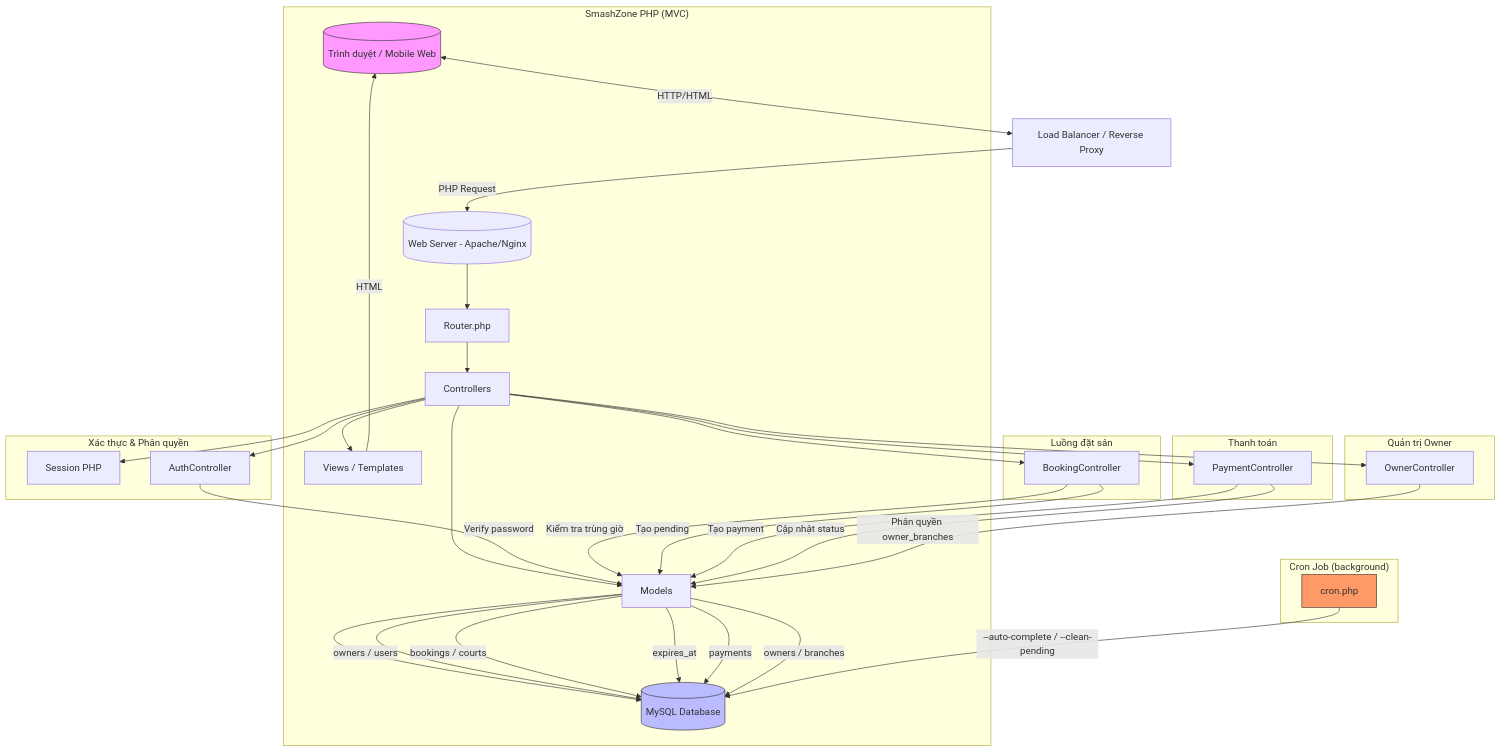
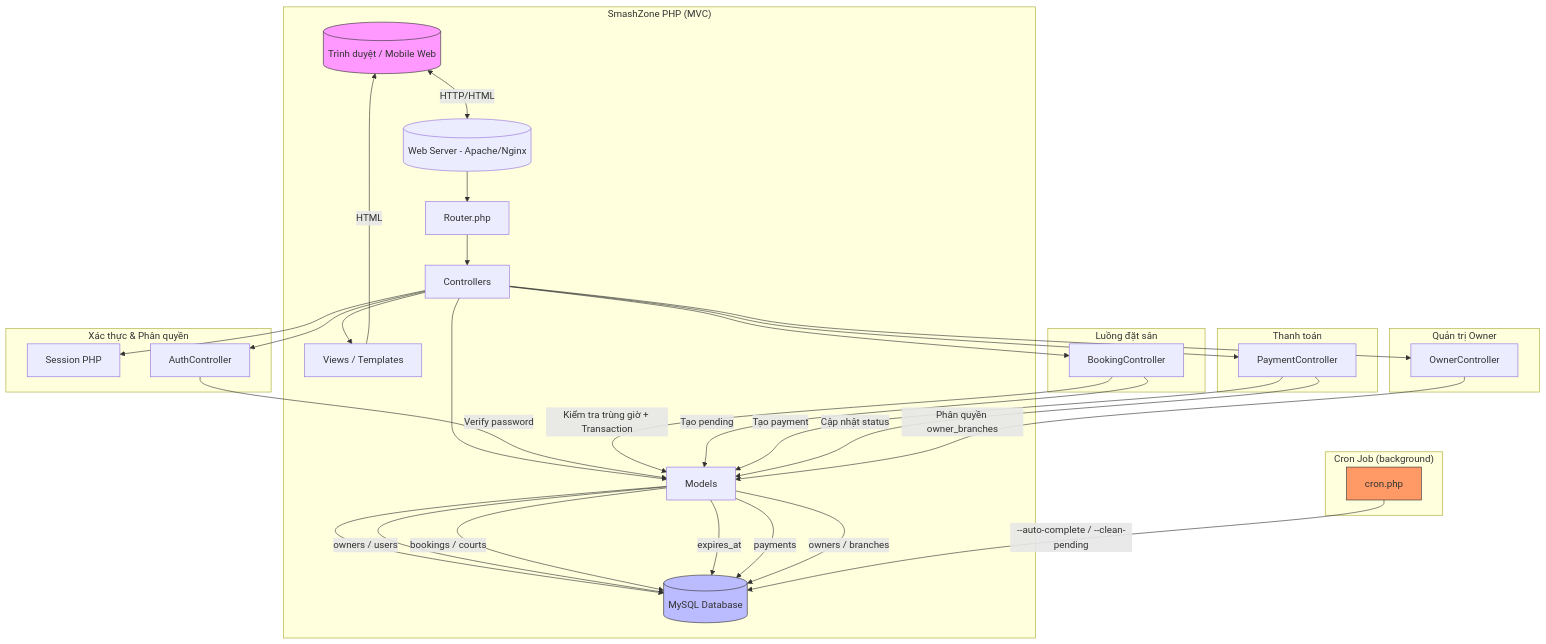
The diagram in docs/architecture.mermaid (regandtng/BTL_SmashZone), drawn with Mermaid before and after one commit. The commit also changed 9 other files, not shown here.

```diff
--- a/docs/architecture.mermaid
+++ b/docs/architecture.mermaid
@@ -1,48 +1,47 @@
 flowchart TD
-    Client[(Trình duyệt / Mobile Web)] <-->|HTTP/HTML| LB[Load Balancer / Reverse Proxy]
-    LB -->|PHP Request| WebServer[(Web Server - Apache/Nginx)]
+    Client[(Trình duyệt / Mobile Web)] <-->|HTTP/HTML| WebServer[(Web Server - Apache/Nginx)]
     
     subgraph MVC_PHP["SmashZone PHP (MVC)"]
         WebServer --> Router[Router.php]
         Router --> Controller[Controllers]
         Controller --> Model[Models]
         Model --> DB[(MySQL Database)]
         Controller --> View[Views / Templates]
         View -->|HTML| Client
     end
     
     subgraph Auth["Xác thực & Phân quyền"]
         Controller --> Session[Session PHP]
         Controller --> AuthC[AuthController]
         AuthC -->|Verify password| Model
         Model -->|owners / users| DB
     end
     
     subgraph Booking["Luồng đặt sân"]
         Controller --> BookingC[BookingController]
-        BookingC -->|Kiểm tra trùng giờ| Model
+        BookingC -->|Kiểm tra trùng giờ + Transaction| Model
         Model -->|bookings / courts| DB
         BookingC -->|Tạo pending| Model
         Model -->|expires_at| DB
     end
     
     subgraph Payment["Thanh toán"]
         Controller --> PaymentC[PaymentController]
         PaymentC -->|Tạo payment| Model
         Model -->|payments| DB
         PaymentC -->|Cập nhật status| Model
     end
     
     subgraph Owner["Quản trị Owner"]
         Controller --> OwnerC[OwnerController]
         OwnerC -->|Phân quyền owner_branches| Model
         Model -->|owners / branches| DB
     end
     
     subgraph Cron["Cron Job (background)"]
         CronJob[cron.php] -->|--auto-complete / --clean-pending| DB
     end
     
     style Client fill:#f9f,stroke:#333
     style DB fill:#bbf,stroke:#333
     style CronJob fill:#f96,stroke:#333
```
